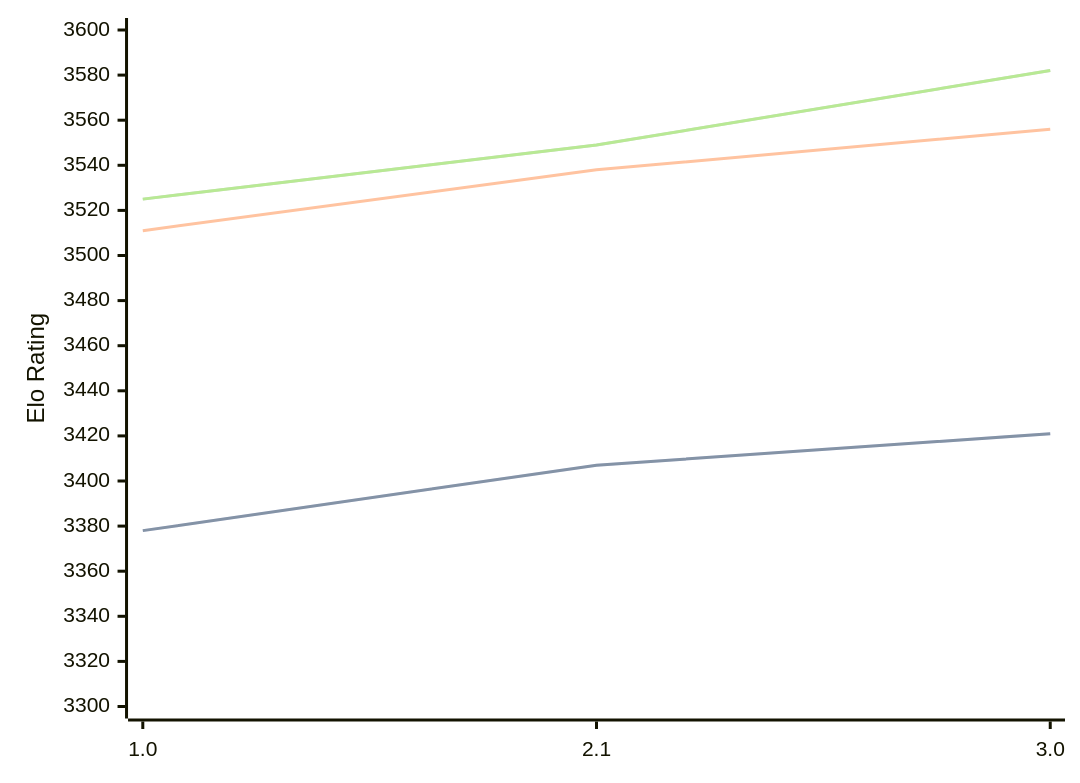
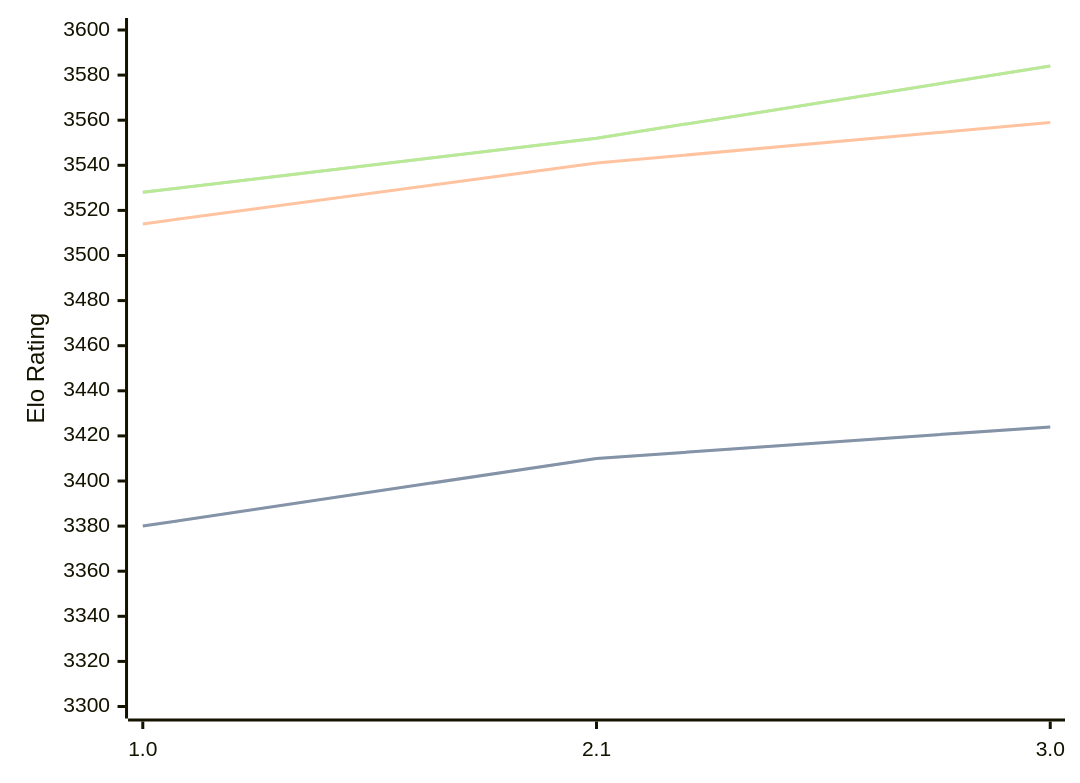
One commit to computer-chess-index/cci changed the diagram in engines/Hobbes.md. Above: the diagram before and after it, drawn with Mermaid. The commit also changed other lines of this file, not shown here.

Commit message:
Update CCI Ratings (ELO VLTC) - 2026-09-24

````diff
--- a/engines/Hobbes.md
+++ b/engines/Hobbes.md
@@ -33,11 +33,11 @@
 ```mermaid
 %%{init: {"theme":"base","themeVariables":{"seriesColors:['#a3a3a3','#222221','#faa371']}}}%%
 xychart-beta
   x-axis ["1.0", "2.1", "3.0"]
   y-axis "Elo Rating" 3300 --> 3600
-  line "" [3378, 3407, 3421]
-  line "STC (8.0+0.08s)" [3378, 3407, 3421]
-  line "LTC (60.0+0.60s)" [3511, 3538, 3556]
-  line "" [3525, 3549, 3582]
-  line "VLTC (2m24s+1.12s)" [3525, 3549, 3582]
+  line "" [3380, 3410, 3424]
+  line "STC (8.0+0.08s)" [3380, 3410, 3424]
+  line "LTC (60.0+0.60s)" [3514, 3541, 3559]
+  line "" [3528, 3552, 3584]
+  line "VLTC (2m24s+1.12s)" [3528, 3552, 3584]
 ```
````
